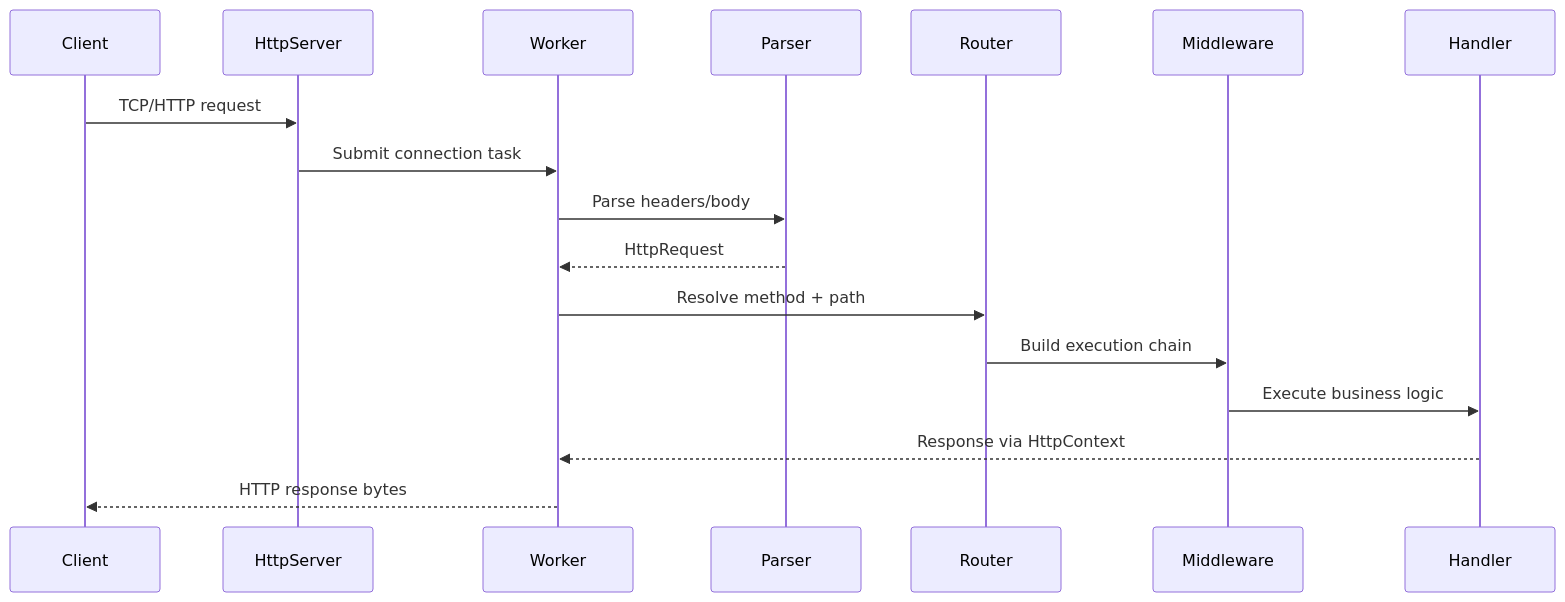
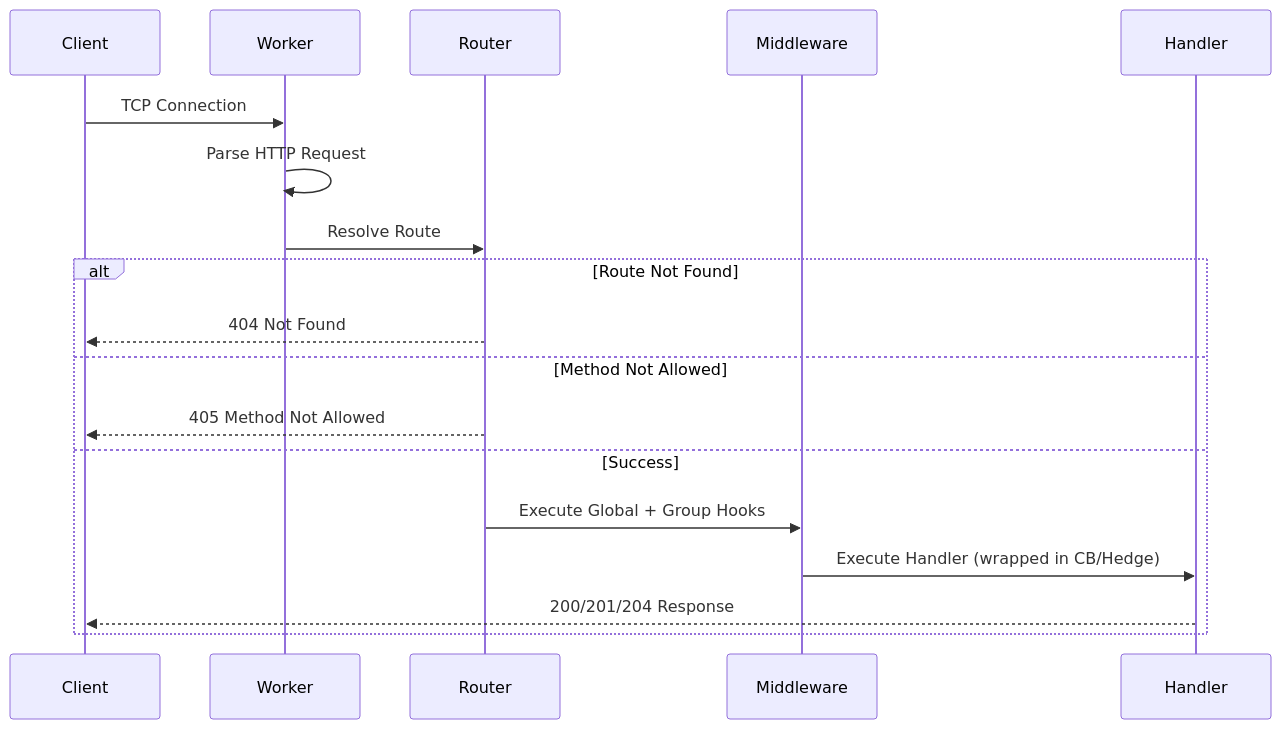
The second of 2 diagrams in README.md (jhanvi857/coreHTTP), drawn with Mermaid before and after one commit. The commit also changed other lines of this file, not shown here.

Commit message:
refactor diagrams

````diff
--- a/README.md
+++ b/README.md
@@ -359,20 +361,21 @@
 ```mermaid
 sequenceDiagram
     participant Client
-    participant HttpServer
     participant Worker
-    participant Parser
     participant Router
     participant Middleware
     participant Handler
 
-    Client->>HttpServer: TCP/HTTP request
-    HttpServer->>Worker: Submit connection task
-    Worker->>Parser: Parse headers/body
-    Parser-->>Worker: HttpRequest
-    Worker->>Router: Resolve method + path
-    Router->>Middleware: Build execution chain
-    Middleware->>Handler: Execute business logic
-    Handler-->>Worker: Response via HttpContext
-    Worker-->>Client: HTTP response bytes
+    Client->>Worker: TCP Connection
+    Worker->>Worker: Parse HTTP Request
+    Worker->>Router: Resolve Route
+    alt Route Not Found
+        Router-->>Client: 404 Not Found
+    else Method Not Allowed
+        Router-->>Client: 405 Method Not Allowed
+    else Success
+        Router->>Middleware: Execute Global + Group Hooks
+        Middleware->>Handler: Execute Handler (wrapped in CB/Hedge)
+        Handler-->>Client: 200/201/204 Response
+    end
 ```
````
